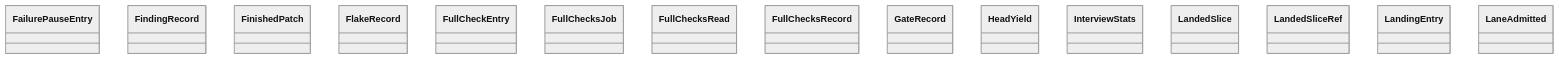
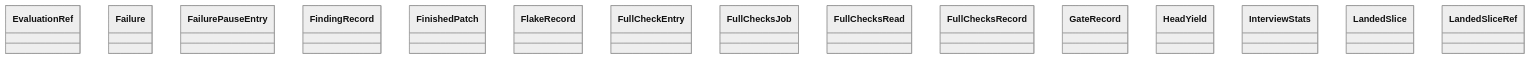
The diagram in docs/architecture/generated/classes-process-domain-state-5.md (GonzaloZevallos/agentic-system), drawn with Mermaid (neutral theme) before and after one commit. The commit also changed other lines of this file and 26 other files, not shown here.

````diff
--- a/docs/architecture/generated/classes-process-domain-state-5.md
+++ b/docs/architecture/generated/classes-process-domain-state-5.md
@@ -28,18 +28,18 @@
 ```mermaid
 classDiagram
+    class task__EvaluationRef["EvaluationRef"]
+    class task__Failure["Failure"]
     class task__FailurePauseEntry["FailurePauseEntry"]
     class task__FindingRecord["FindingRecord"]
     class task__FinishedPatch["FinishedPatch"]
     class task__FlakeRecord["FlakeRecord"]
     class task__FullCheckEntry["FullCheckEntry"]
     class task__FullChecksJob["FullChecksJob"]
     class task__FullChecksRead["FullChecksRead"]
     class task__FullChecksRecord["FullChecksRecord"]
     class task__GateRecord["GateRecord"]
     class task__HeadYield["HeadYield"]
     class task__InterviewStats["InterviewStats"]
     class task__LandedSlice["LandedSlice"]
     class task__LandedSliceRef["LandedSliceRef"]
-    class task__LandingEntry["LandingEntry"]
-    class task__LaneAdmitted["LaneAdmitted"]
 ```
````
